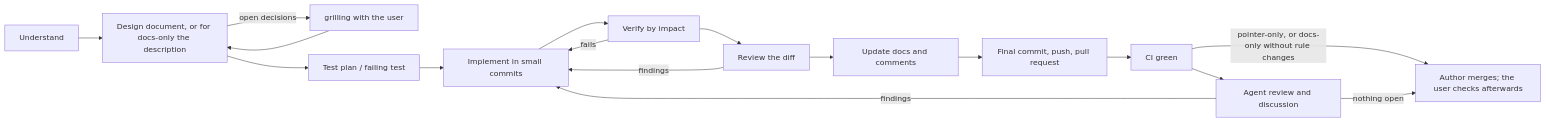
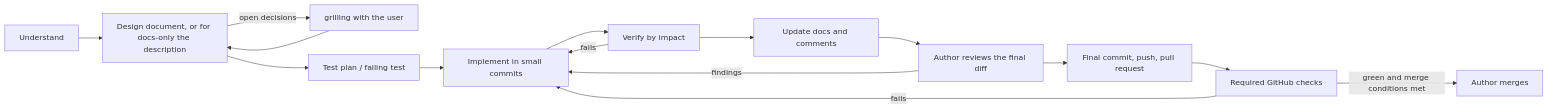
Before and after one commit to SMB-M87/Kinetra: the first of 3 diagrams in docs/workflow.md, drawn with Mermaid. The commit also changed other lines of this file and 14 other files, not shown here.

Commit message:
docs(workflow): integrate scenario tests and author review

````diff
--- a/docs/workflow.md
+++ b/docs/workflow.md
@@ -25,19 +25,17 @@
 ```mermaid
 flowchart LR
     U[Understand] --> D[Design document, or for docs-only the description]
     D -->|open decisions| G[grilling with the user]
     G --> D
     D --> T[Test plan / failing test]
     T --> I[Implement in small commits]
     I --> V[Verify by impact]
     V -->|fails| I
-    V --> R[Review the diff]
+    V --> Doc[Update docs and comments]
+    Doc --> R[Author reviews the final diff]
     R -->|findings| I
-    R --> Doc[Update docs and comments]
-    Doc --> C[Final commit, push, pull request]
-    C --> CI[CI green]
-    CI -->|pointer-only, or docs-only without rule changes| M
-    CI --> AR[Agent review and discussion]
-    AR -->|findings| I
-    AR -->|nothing open| M[Author merges; the user checks afterwards]
+    R --> C[Final commit, push, pull request]
+    C --> CI[Required GitHub checks]
+    CI -->|fails| I
+    CI -->|green and merge conditions met| M[Author merges]
 ```
````
